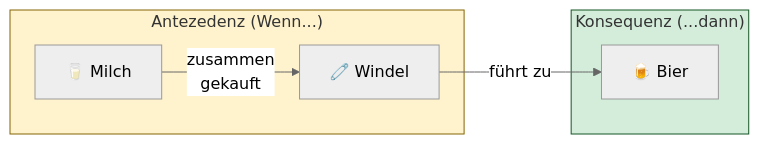
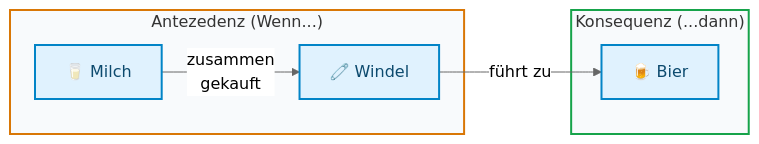
The second of 5 diagrams in docs/concepts/modeling/apriori.md (ralf-42/ML_Intro), drawn with Mermaid (neutral theme) before and after one commit. The commit also changed other lines of this file and 67 other files, not shown here.

````diff
--- a/docs/concepts/modeling/apriori.md
+++ b/docs/concepts/modeling/apriori.md
@@ -73,17 +75,18 @@
 ```mermaid
 flowchart LR
     subgraph Antezedenz["Antezedenz (Wenn...)"]
         A["🥛 Milch"]
         B["🧷 Windel"]
     end
     
     subgraph Konsequenz["Konsequenz (...dann)"]
         C["🍺 Bier"]
     end
     
     A --> |"zusammen<br>gekauft"| B
     B --> |"führt zu"| C
-    
-    style Antezedenz fill:#fff3cd,stroke:#856404
-    style Konsequenz fill:#d4edda,stroke:#155724
+
+    classDef default fill:#e0f2fe,stroke:#0284c7,stroke-width:2px,color:#0c4a6e;
+    style Antezedenz fill:#f8fafc,stroke:#d97706,stroke-width:2px
+    style Konsequenz fill:#f8fafc,stroke:#16a34a,stroke-width:2px
 ```
````
